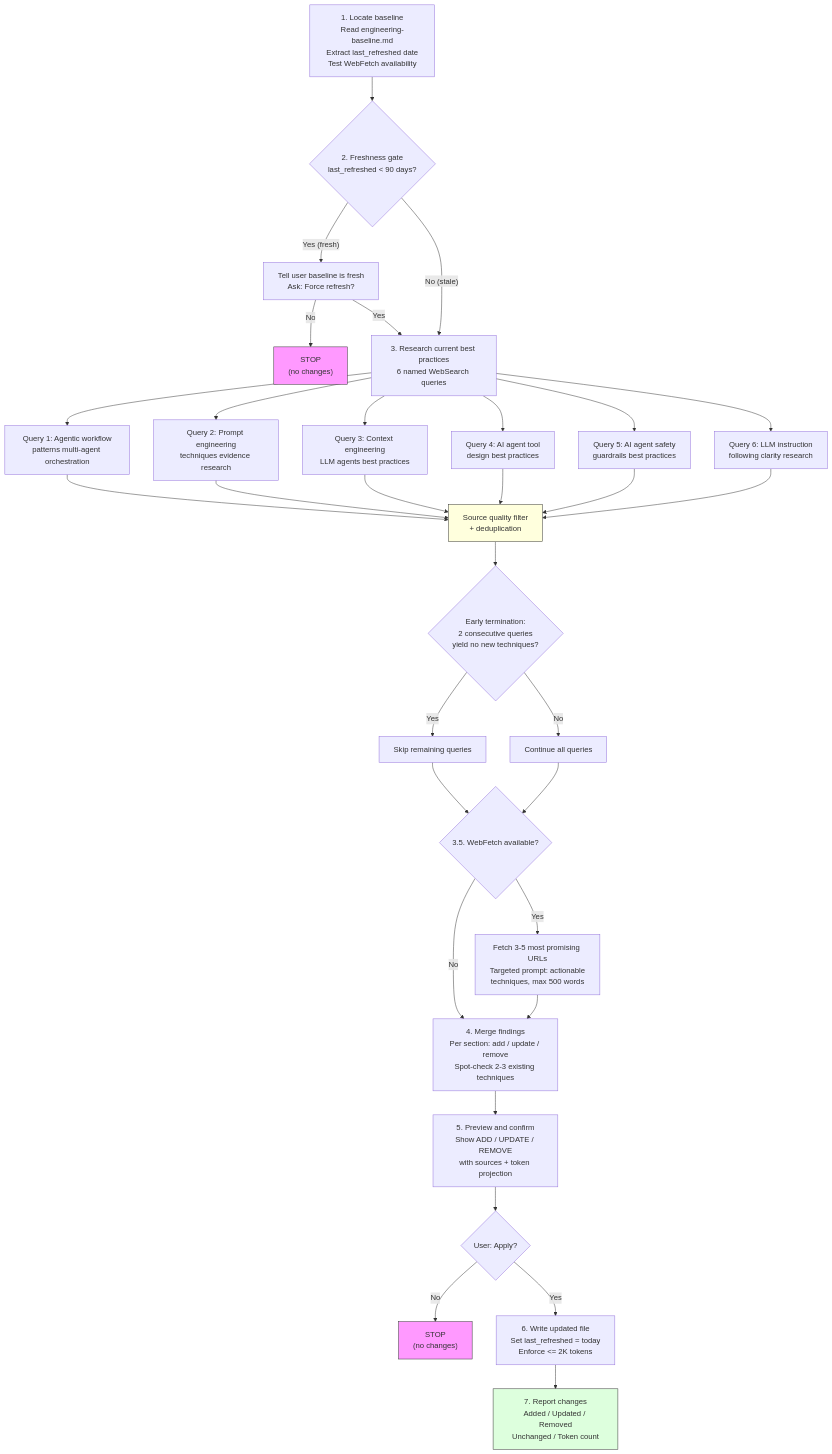
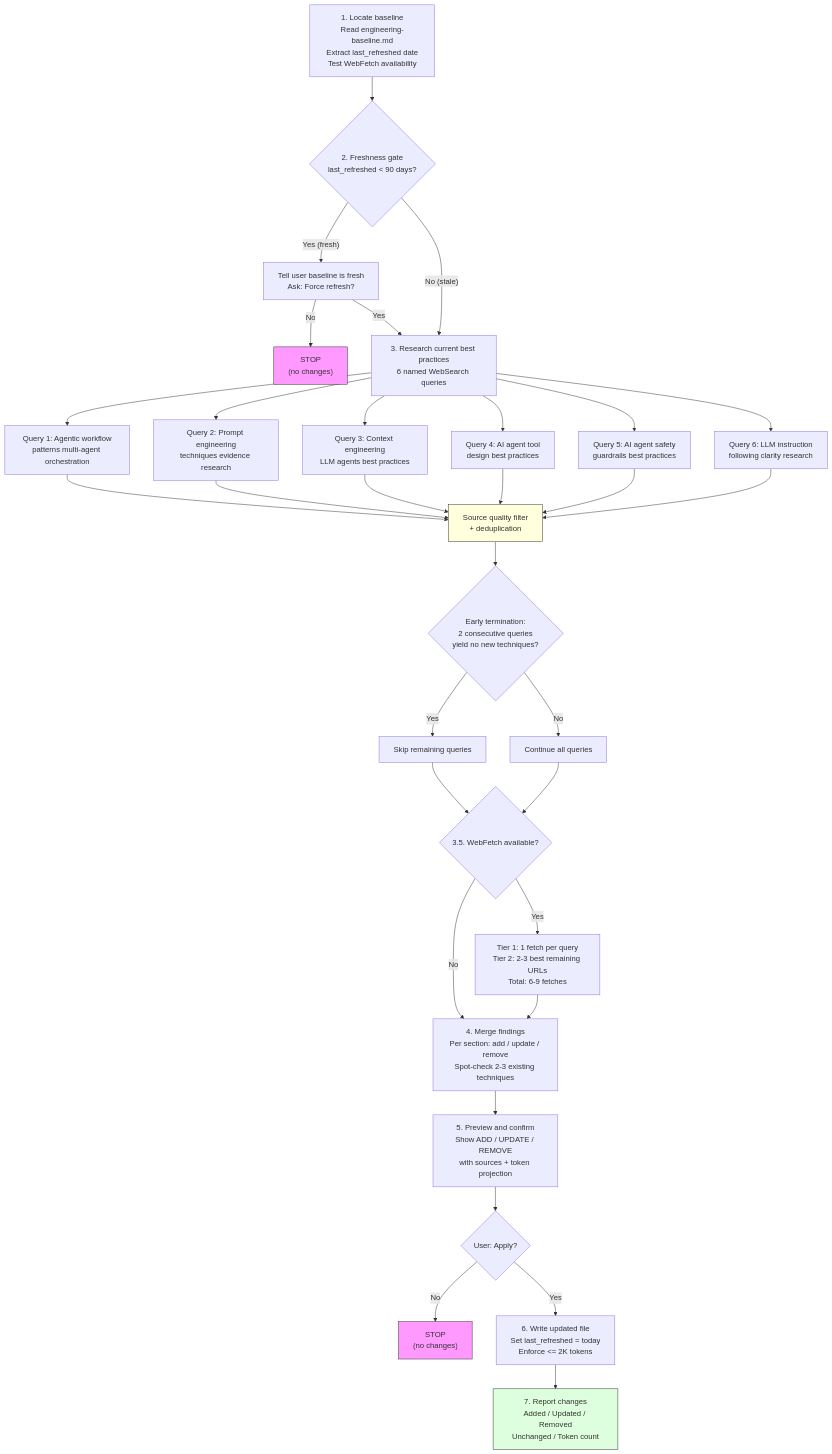
The diagram in docs/skills/refresh-engineering-baseline.md (Nosmoht/review-claude-config), drawn with Mermaid before and after one commit. The commit also changed other lines of this file and 2 other files, not shown here.

First line of the commit message:
feat(refresh-baseline): two-tier WebFetch strategy for topic coverage

````diff
--- a/docs/skills/refresh-engineering-baseline.md
+++ b/docs/skills/refresh-engineering-baseline.md
@@ -25,50 +25,50 @@
 ```mermaid
 flowchart TD
     A["1. Locate baseline<br/>Read engineering-baseline.md<br/>Extract last_refreshed date<br/>Test WebFetch availability"] --> B{"2. Freshness gate<br/>last_refreshed < 90 days?"}
 
     B -- "Yes (fresh)" --> C["Tell user baseline is fresh<br/>Ask: Force refresh?"]
     C -- "No" --> STOP1["STOP<br/>(no changes)"]
     C -- "Yes" --> D
 
     B -- "No (stale)" --> D["3. Research current best practices<br/>6 named WebSearch queries"]
 
     D --> Q1["Query 1: Agentic workflow<br/>patterns multi-agent orchestration"]
     D --> Q2["Query 2: Prompt engineering<br/>techniques evidence research"]
     D --> Q3["Query 3: Context engineering<br/>LLM agents best practices"]
     D --> Q4["Query 4: AI agent tool<br/>design best practices"]
     D --> Q5["Query 5: AI agent safety<br/>guardrails best practices"]
     D --> Q6["Query 6: LLM instruction<br/>following clarity research"]
 
     Q1 --> FILTER["Source quality filter<br/>+ deduplication"]
     Q2 --> FILTER
     Q3 --> FILTER
     Q4 --> FILTER
     Q5 --> FILTER
     Q6 --> FILTER
 
     FILTER --> EARLY{"Early termination:<br/>2 consecutive queries<br/>yield no new techniques?"}
     EARLY -- "Yes" --> SKIP["Skip remaining queries"]
     EARLY -- "No" --> CONT["Continue all queries"]
 
     SKIP --> FETCH
     CONT --> FETCH
 
     FETCH{"3.5. WebFetch available?"}
-    FETCH -- "Yes" --> WF["Fetch 3-5 most promising URLs<br/>Targeted prompt: actionable<br/>techniques, max 500 words"]
+    FETCH -- "Yes" --> WF["Tier 1: 1 fetch per query<br/>Tier 2: 2-3 best remaining URLs<br/>Total: 6-9 fetches"]
     FETCH -- "No" --> MERGE
 
     WF --> MERGE["4. Merge findings<br/>Per section: add / update / remove<br/>Spot-check 2-3 existing techniques"]
 
     MERGE --> PREVIEW["5. Preview and confirm<br/>Show ADD / UPDATE / REMOVE<br/>with sources + token projection"]
     PREVIEW --> CONFIRM{"User: Apply?"}
 
     CONFIRM -- "No" --> STOP2["STOP<br/>(no changes)"]
     CONFIRM -- "Yes" --> WRITE["6. Write updated file<br/>Set last_refreshed = today<br/>Enforce <= 2K tokens"]
 
     WRITE --> REPORT["7. Report changes<br/>Added / Updated / Removed<br/>Unchanged / Token count"]
 
     style STOP1 fill:#f9f,stroke:#333
     style STOP2 fill:#f9f,stroke:#333
     style FILTER fill:#ffd,stroke:#333
     style REPORT fill:#dfd,stroke:#333
 ```
````
